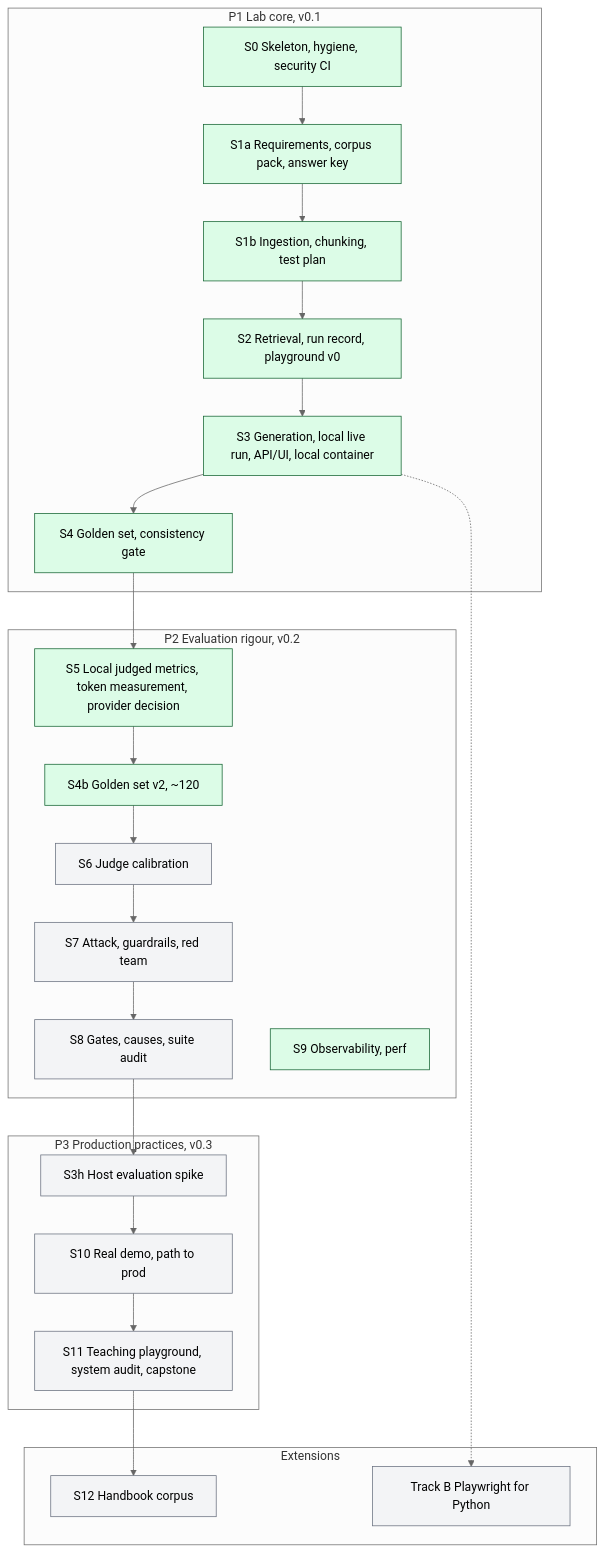
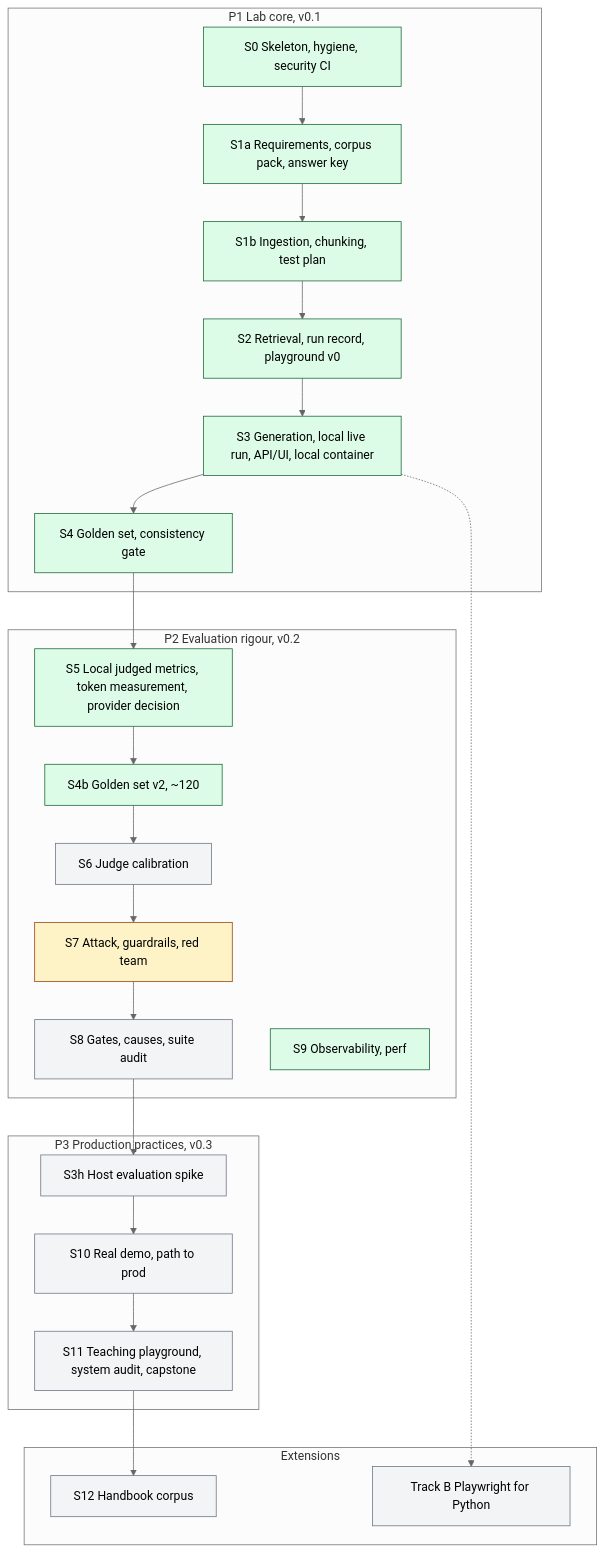
Before and after one commit to willcoliveira/ai-testing-rag-lab: the diagram in README.md, drawn with Mermaid (neutral theme). The commit also changed 1 other file, not shown here.

Commit message:
docs(architecture): mark S7 in progress in the phase map
The criteria judge's S7a-J3: AG12 asks for S7 in the wip class once S7a lands, in docs/ARCHITECTURE.md and the README's copy of the phase map, which the status test keeps aligned. S6's pull request adds its own line later.

````diff
--- a/README.md
+++ b/README.md
@@ -25,26 +25,27 @@
 ```mermaid
 flowchart TB
   subgraph P1[P1 Lab core, v0.1]
     S0[S0 Skeleton, hygiene, security CI] --> S1a[S1a Requirements, corpus pack, answer key] --> S1b[S1b Ingestion, chunking, test plan] --> S2[S2 Retrieval, run record, playground v0] --> S3[S3 Generation, local live run, API/UI, local container] --> S4[S4 Golden set, consistency gate]
   end
   subgraph P2[P2 Evaluation rigour, v0.2]
     S5[S5 Local judged metrics, token measurement, provider decision] --> S4b[S4b Golden set v2, ~120] --> S6[S6 Judge calibration] --> S7[S7 Attack, guardrails, red team] --> S8[S8 Gates, causes, suite audit]
     S9[S9 Observability, perf]
   end
   subgraph P3[P3 Production practices, v0.3]
     S3h[S3h Host evaluation spike] --> S10[S10 Real demo, path to prod] --> S11[S11 Teaching playground, system audit, capstone]
   end
   subgraph EXT[Extensions]
     S12[S12 Handbook corpus]
     B[Track B Playwright for Python]
   end
   S4 --> S5
   S8 --> S3h
   S11 --> S12
   S3 -.-> B
   classDef todo fill:#f3f4f6,stroke:#6b7280
   classDef wip fill:#fef3c7,stroke:#92400e
   classDef done fill:#dcfce7,stroke:#166534
   class S0,S1a,S1b,S2,S3,S4,S5,S4b,S9 done
-  class S3h,S6,S7,S8,S10,S11,S12,B todo
+  class S7 wip
+  class S3h,S6,S8,S10,S11,S12,B todo
 ```
````
